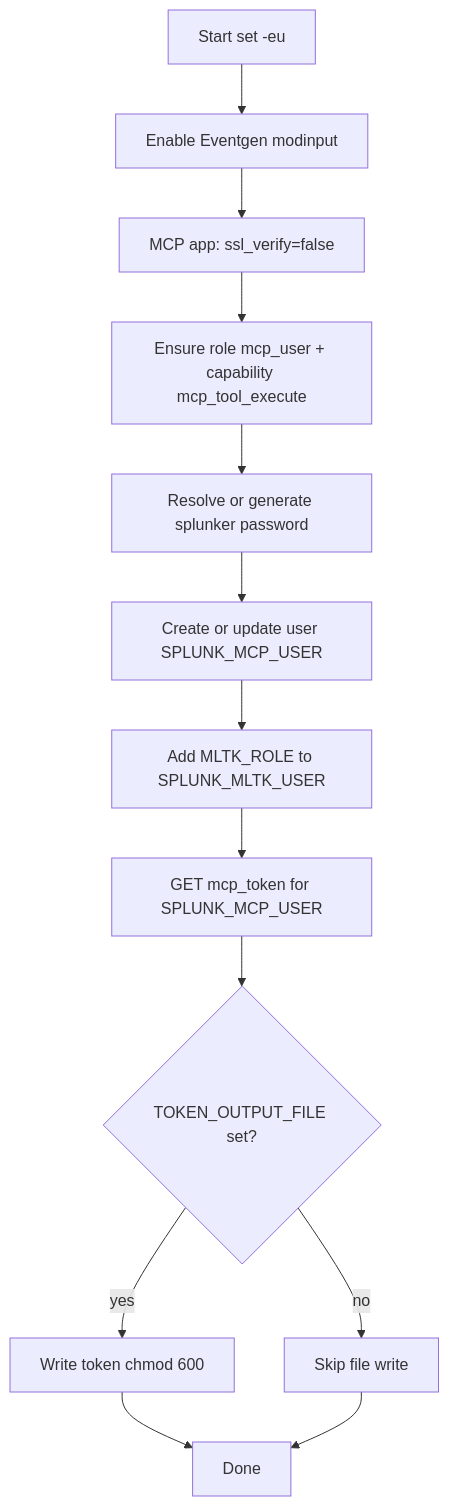
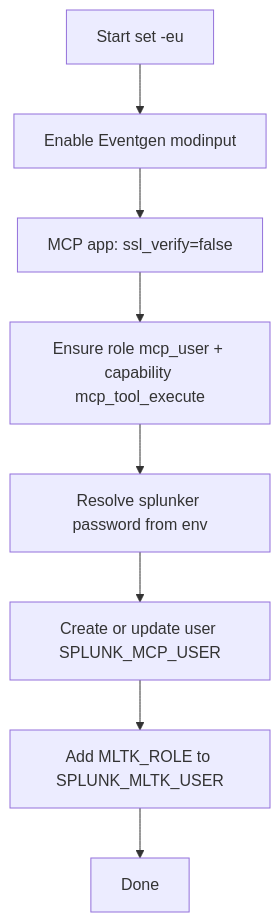
Before and after one commit to dd-Splunk/splunk-mcp: the second of 3 diagrams in docs/SETUP_SPLUNK_SCRIPT.md, drawn with Mermaid. The commit also changed other lines of this file and 27 other files, not shown here.

````diff
--- a/docs/SETUP_SPLUNK_SCRIPT.md
+++ b/docs/SETUP_SPLUNK_SCRIPT.md
@@ -79,15 +72,10 @@
 ```mermaid
 flowchart TD
   A[Start set -eu] --> B[Enable Eventgen modinput]
   B --> C[MCP app: ssl_verify=false]
   C --> D[Ensure role mcp_user + capability mcp_tool_execute]
-  D --> E[Resolve or generate splunker password]
+  D --> E[Resolve splunker password from env]
   E --> F[Create or update user SPLUNK_MCP_USER]
   F --> D2[Add MLTK_ROLE to SPLUNK_MLTK_USER]
-  D2 --> G[GET mcp_token for SPLUNK_MCP_USER]
-  G --> H{TOKEN_OUTPUT_FILE set?}
-  H -->|yes| I[Write token chmod 600]
-  H -->|no| J[Skip file write]
-  I --> K[Done]
-  J --> K
+  D2 --> K[Done]
 ```
````
